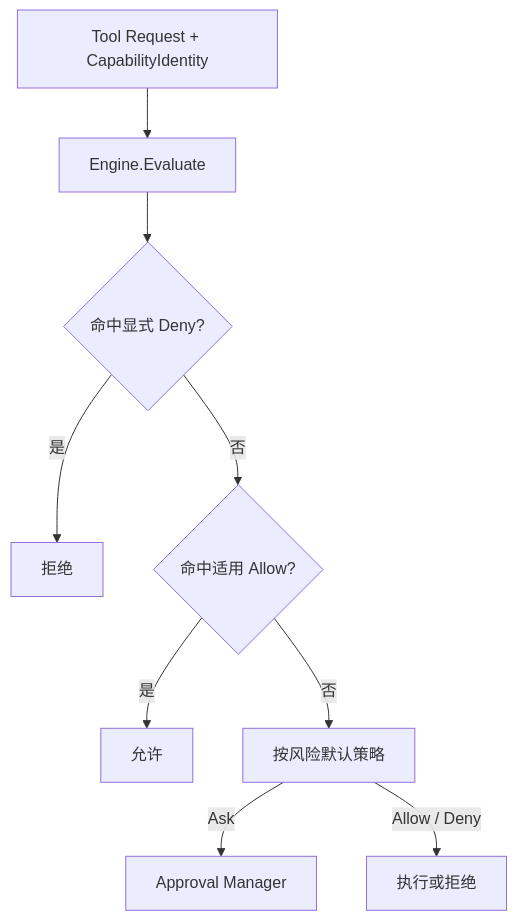
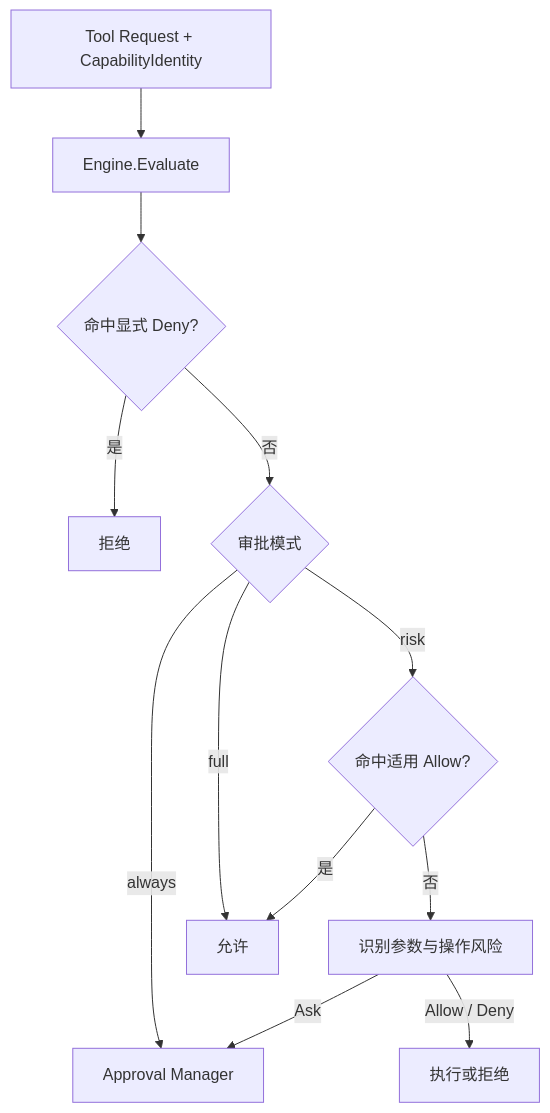
One commit to sda1-hacker/humbert-agent changed the diagram in internal/permission/README.md. Above: the diagram before and after it, drawn with Mermaid. The commit also changed other lines of this file and 48 other files, not shown here.

````diff
--- a/internal/permission/README.md
+++ b/internal/permission/README.md
@@ -11,11 +13,14 @@
 ```mermaid
 flowchart TD
   Q[Tool Request + CapabilityIdentity] --> E[Engine.Evaluate]
   E --> D{命中显式 Deny?}
   D -->|是| N[拒绝]
-  D -->|否| A{命中适用 Allow?}
+  D -->|否| M{审批模式}
+  M -->|always| H[Approval Manager]
+  M -->|full| Y[允许]
+  M -->|risk| A{命中适用 Allow?}
   A -->|是| Y[允许]
-  A -->|否| P[按风险默认策略]
-  P -->|Ask| H[Approval Manager]
+  A -->|否| P[识别参数与操作风险]
+  P -->|Ask| H
   P -->|Allow / Deny| Z[执行或拒绝]
 ```
````
